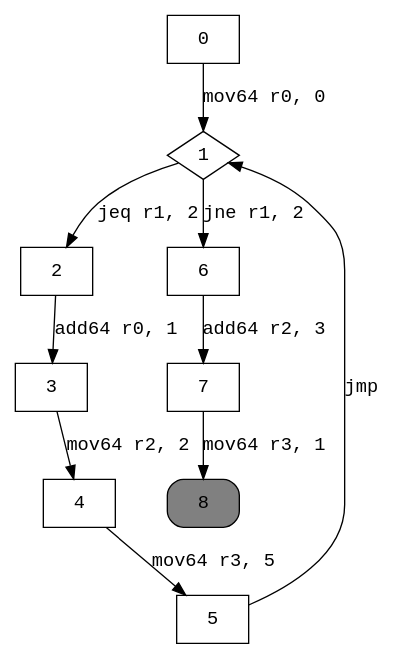
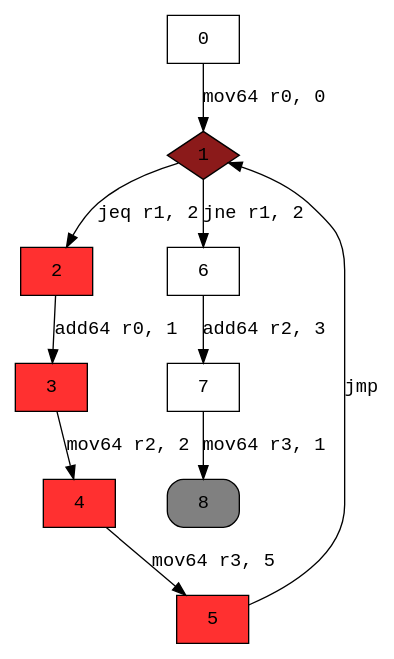
Before and after one commit to XicoCorreia/InformationFlowAnalysisEbpf: the diagram in graphs/whileLoop.dot, drawn with Graphviz. The commit also changed 18 other files, not shown here.

```diff
--- a/graphs/whileLoop.dot
+++ b/graphs/whileLoop.dot
@@ -1,16 +1,20 @@
 digraph cfg { 
 node [fontname="monospace"];
 node [shape=box];
 edge [fontname="monospace"];
   0 -> 1 [label="mov64 r0, 0"];
   1 -> 2 [label="jeq r1, 2"];
   1 -> 6 [label="jne r1, 2"];
   2 -> 3 [label="add64 r0, 1"];
   3 -> 4 [label="mov64 r2, 2"];
   4 -> 5 [label="mov64 r3, 5"];
   5 -> 1 [label="jmp"];
   6 -> 7 [label="add64 r2, 3"];
   7 -> 8 [label="mov64 r3, 1"];
-1 [shape=diamond];
+1 [shape=diamond,style=filled,fillcolor=firebrick4];
+2 [style=filled,fillcolor=firebrick1];
+3 [style=filled,fillcolor=firebrick1];
+4 [style=filled,fillcolor=firebrick1];
+5 [style=filled,fillcolor=firebrick1];
 8 [style="rounded,filled",fillcolor=grey];
 }
```
